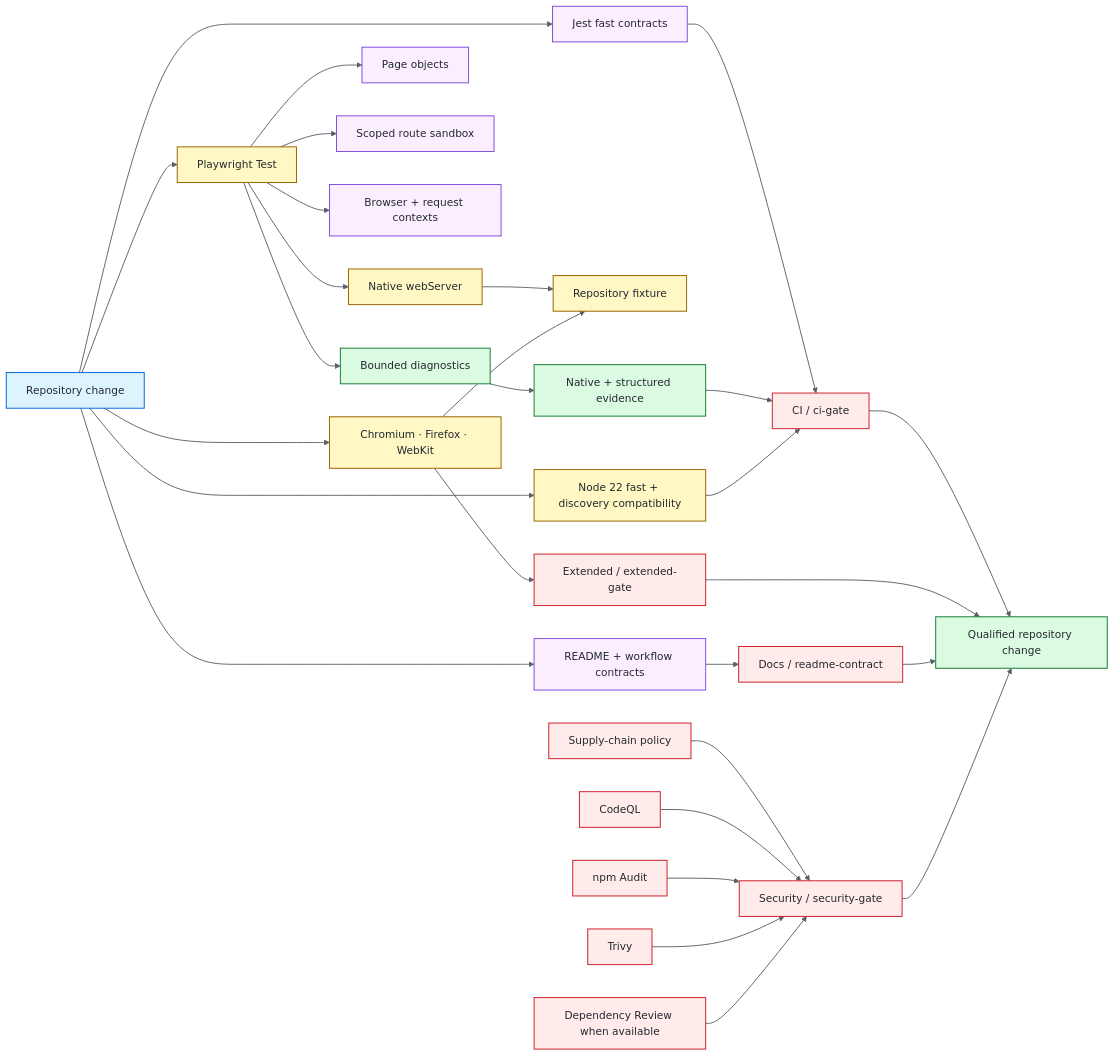
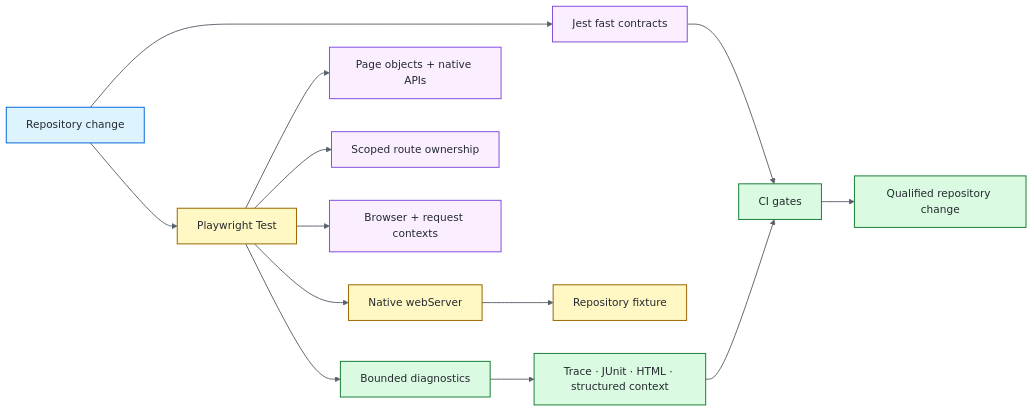
The diagram in README.md (portyu9/qa-automation-node-playwright), drawn with Mermaid before and after one commit. The commit also changed other lines of this file, not shown here.

````diff
--- a/README.md
+++ b/README.md
@@ -42,46 +40,27 @@
 ```mermaid
 flowchart LR
     CHANGE[Repository change] --> JEST[Jest fast contracts]
     CHANGE --> PW[Playwright Test]
+
     PW --> WEB[Native webServer]
     WEB --> FIX[Repository fixture]
-    PW --> PAGE[Page objects]
-    PW --> ROUTE[Scoped route sandbox]
+    PW --> PAGE[Page objects + native APIs]
+    PW --> ROUTE[Scoped route ownership]
     PW --> CTX[Browser + request contexts]
     PW --> DIAG[Bounded diagnostics]
-    DIAG --> EV[Native + structured evidence]
-    JEST --> CIG[CI / ci-gate]
-    EV --> CIG
-    CHANGE --> NODE22[Node 22 fast + discovery compatibility]
-    NODE22 --> CIG
 
-    CHANGE --> EXT[Chromium · Firefox · WebKit]
-    EXT --> FIX
-    EXT --> EG[Extended / extended-gate]
+    DIAG --> EVIDENCE[Trace · JUnit · HTML · structured context]
+    JEST --> GATES[CI gates]
+    EVIDENCE --> GATES
+    GATES --> RESULT[Qualified repository change]
 
-    CHANGE --> DOCS[README + workflow contracts]
-    DOCS --> DG[Docs / readme-contract]
-
-    SUPPLY[Supply-chain policy] --> SG[Security / security-gate]
-    SAST[CodeQL] --> SG
-    AUDIT[npm Audit] --> SG
-    TRIVY[Trivy] --> SG
-    REVIEW[Dependency Review when available] --> SG
-
-    CIG --> RESULT[Qualified repository change]
-    EG --> RESULT
-    DG --> RESULT
-    SG --> RESULT
-
-    classDef entry fill:#ddf4ff,stroke:#0969da,color:#24292f,stroke-width:1.5px;
-    classDef policy fill:#fbefff,stroke:#8250df,color:#24292f,stroke-width:1.5px;
-    classDef runtime fill:#fff8c5,stroke:#9a6700,color:#24292f,stroke-width:1.5px;
-    classDef evidence fill:#dafbe1,stroke:#1a7f37,color:#24292f,stroke-width:1.5px;
-    classDef gate fill:#ffebe9,stroke:#cf222e,color:#24292f,stroke-width:1.5px;
+    classDef entry fill:#DDF4FF,stroke:#0969DA,color:#24292F,stroke-width:1.5px;
+    classDef policy fill:#FBEFFF,stroke:#8250DF,color:#24292F,stroke-width:1.5px;
+    classDef runtime fill:#FFF8C5,stroke:#9A6700,color:#24292F,stroke-width:1.5px;
+    classDef evidence fill:#DAFBE1,stroke:#1A7F37,color:#24292F,stroke-width:1.5px;
     class CHANGE entry;
-    class JEST,PAGE,ROUTE,CTX,DOCS policy;
-    class PW,WEB,FIX,NODE22,EXT runtime;
-    class DIAG,EV,RESULT evidence;
-    class CIG,EG,DG,SUPPLY,SAST,AUDIT,TRIVY,REVIEW,SG gate;
-    linkStyle default stroke:#57606a,stroke-width:1.4px;
+    class JEST,PAGE,ROUTE,CTX policy;
+    class PW,WEB,FIX runtime;
+    class DIAG,EVIDENCE,GATES,RESULT evidence;
+    linkStyle default stroke:#57606A,stroke-width:1.4px;
 ```
````
